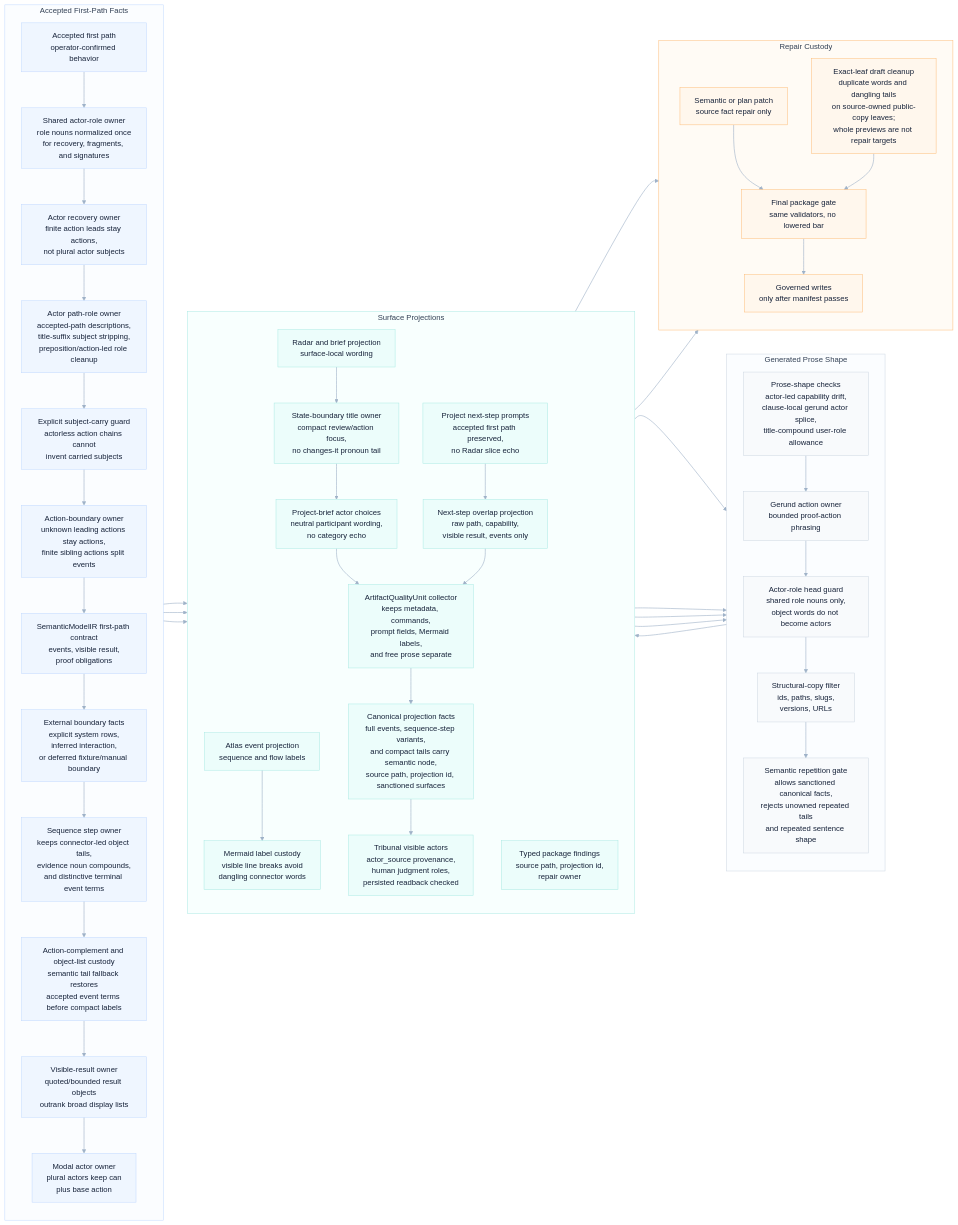
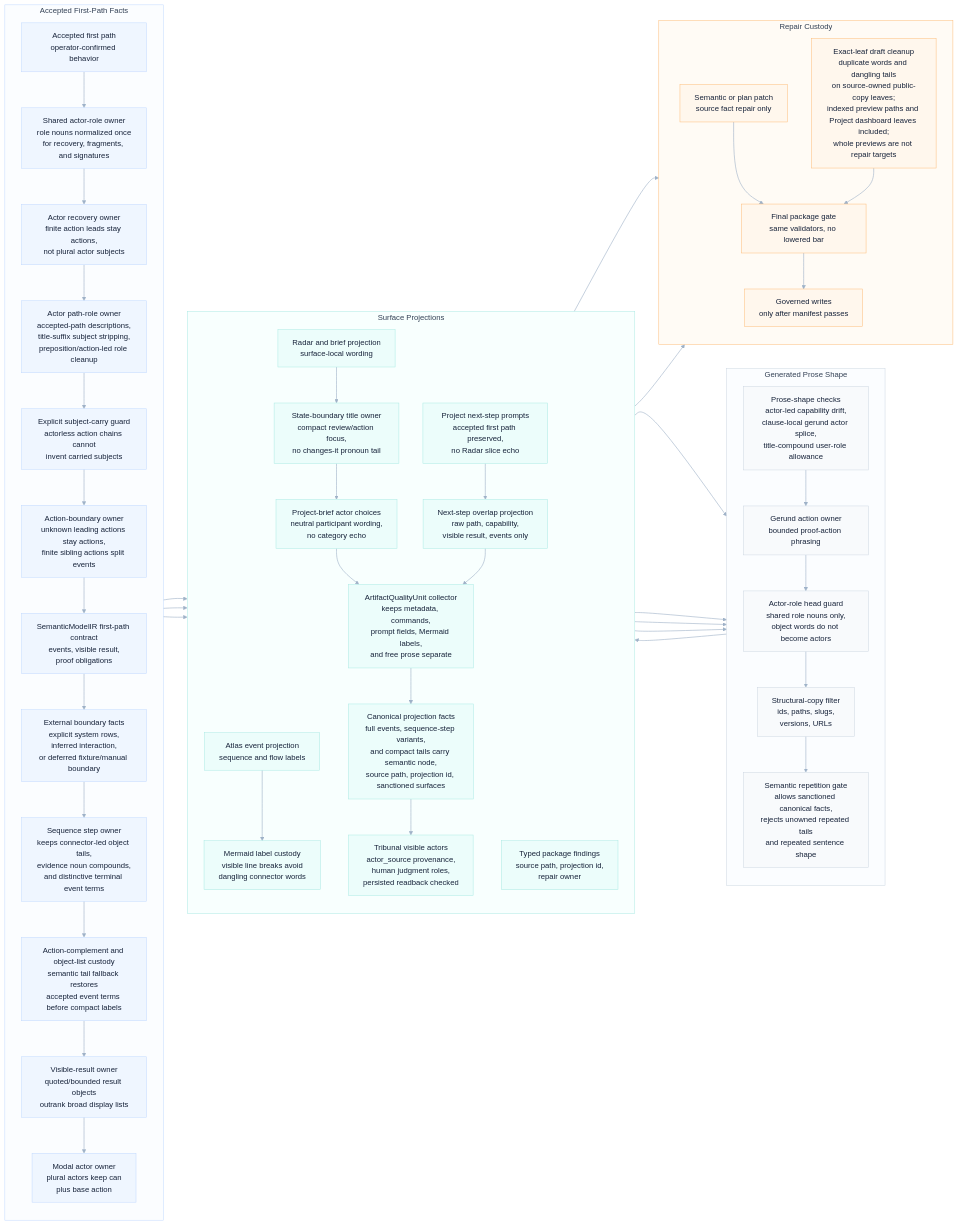
One commit to odylith/odylith changed the diagram in odylith/atlas/source/greenfield-first-path-semantic-copy-custody.mmd. Above: the diagram before and after it, drawn with Mermaid. The commit also changed 59 other files, not shown here.

Commit message:
Fix greenfield preview repair routing

```diff
--- a/odylith/atlas/source/greenfield-first-path-semantic-copy-custody.mmd
+++ b/odylith/atlas/source/greenfield-first-path-semantic-copy-custody.mmd
@@ -1,100 +1,100 @@
 flowchart LR
     subgraph intent_lane["Accepted First-Path Facts"]
       direction TB
       accepted_path["Accepted first path<br/>operator-confirmed behavior"]
       actor_roles["Shared actor-role owner<br/>role nouns normalized once<br/>for recovery, fragments, and signatures"]
       actor_recovery["Actor recovery owner<br/>finite action leads stay actions,<br/>not plural actor subjects"]
       actor_path_role["Actor path-role owner<br/>accepted-path descriptions,<br/>title-suffix subject stripping,<br/>preposition/action-led role cleanup"]
       subject_carry_guard["Explicit subject-carry guard<br/>actorless action chains cannot<br/>invent carried subjects"]
       action_boundary["Action-boundary owner<br/>unknown leading actions stay actions,<br/>finite sibling actions split events"]
       semantic_contract["SemanticModelIR first-path contract<br/>events, visible result,<br/>proof obligations"]
       external_boundary["External boundary facts<br/>explicit system rows,<br/>inferred interaction,<br/>or deferred fixture/manual boundary"]
       sequence_owner["Sequence step owner<br/>keeps connector-led object tails,<br/>evidence noun compounds,<br/>and distinctive terminal event terms"]
       tail_custody["Action-complement and object-list custody<br/>semantic tail fallback restores<br/>accepted event terms before compact labels"]
       visible_result_owner["Visible-result owner<br/>quoted/bounded result objects<br/>outrank broad display lists"]
       modal_owner["Modal actor owner<br/>plural actors keep can<br/>plus base action"]
     end
 
     subgraph prose_lane["Generated Prose Shape"]
       direction TB
       shape_checks["Prose-shape checks<br/>actor-led capability drift,<br/>clause-local gerund actor splice,<br/>title-compound user-role allowance"]
       gerund_owner["Gerund action owner<br/>bounded proof-action phrasing"]
       actor_role_head_guard["Actor-role head guard<br/>shared role nouns only,<br/>object words do not become actors"]
       structural_filter["Structural-copy filter<br/>ids, paths, slugs,<br/>versions, URLs"]
       repetition_gate["Semantic repetition gate<br/>allows sanctioned canonical facts,<br/>rejects unowned repeated tails<br/>and repeated sentence shape"]
     end
 
     subgraph projection_lane["Surface Projections"]
       direction TB
       radar_projection["Radar and brief projection<br/>surface-local wording"]
       state_boundary_titles["State-boundary title owner<br/>compact review/action focus,<br/>no changes-it pronoun tail"]
       actor_choice_copy["Project-brief actor choices<br/>neutral participant wording,<br/>no category echo"]
       atlas_projection["Atlas event projection<br/>sequence and flow labels"]
       mermaid_label_custody["Mermaid label custody<br/>visible line breaks avoid<br/>dangling connector words"]
       next_step_prompts["Project next-step prompts<br/>accepted first path preserved,<br/>no Radar slice echo"]
       overlap_projection["Next-step overlap projection<br/>raw path, capability,<br/>visible result, events only"]
       artifact_units["ArtifactQualityUnit collector<br/>keeps metadata, commands,<br/>prompt fields, Mermaid labels,<br/>and free prose separate"]
       canonical_facts["Canonical projection facts<br/>full events, sequence-step variants,<br/>and compact tails carry semantic node,<br/>source path, projection id, sanctioned surfaces"]
       tribunal_actors["Tribunal visible actors<br/>actor_source provenance,<br/>human judgment roles,<br/>persisted readback checked"]
       package_findings["Typed package findings<br/>source path, projection id,<br/>repair owner"]
     end
 
     subgraph repair_lane["Repair Custody"]
       direction TB
       semantic_plan_patch["Semantic or plan patch<br/>source fact repair only"]
-      exact_draft_cleanup["Exact-leaf draft cleanup<br/>duplicate words and dangling tails<br/>on source-owned public-copy leaves;<br/>whole previews are not repair targets"]
+      exact_draft_cleanup["Exact-leaf draft cleanup<br/>duplicate words and dangling tails<br/>on source-owned public-copy leaves;<br/>indexed preview paths and Project dashboard leaves included;<br/>whole previews are not repair targets"]
       final_gate["Final package gate<br/>same validators, no lowered bar"]
       governed_write["Governed writes<br/>only after manifest passes"]
     end
 
     accepted_path --> actor_roles
     actor_roles --> actor_recovery
     actor_recovery --> actor_path_role
     actor_path_role --> subject_carry_guard
     subject_carry_guard --> action_boundary
     action_boundary --> semantic_contract
     semantic_contract --> external_boundary
     external_boundary --> sequence_owner
     sequence_owner --> tail_custody
     tail_custody --> visible_result_owner
     visible_result_owner --> modal_owner
     modal_owner --> radar_projection
     modal_owner --> atlas_projection
     modal_owner --> next_step_prompts
     radar_projection --> state_boundary_titles
     state_boundary_titles --> actor_choice_copy
     radar_projection --> shape_checks
     atlas_projection --> mermaid_label_custody
     mermaid_label_custody --> shape_checks
     actor_choice_copy --> artifact_units
     next_step_prompts --> overlap_projection
     overlap_projection --> artifact_units
     artifact_units --> canonical_facts
     canonical_facts --> tribunal_actors
     tribunal_actors --> shape_checks
     shape_checks --> gerund_owner
     gerund_owner --> actor_role_head_guard
     actor_role_head_guard --> structural_filter
     structural_filter --> repetition_gate
     canonical_facts --> repetition_gate
     repetition_gate --> package_findings
     package_findings --> semantic_plan_patch
     package_findings --> exact_draft_cleanup
     semantic_plan_patch --> final_gate
     exact_draft_cleanup --> final_gate
     final_gate --> governed_write
 
     classDef intent fill:#EFF6FF,stroke:#BFD7FE,color:#17233A,stroke-width:1px;
     classDef prose fill:#F8FAFC,stroke:#CBD5E1,color:#17233A,stroke-width:1px;
     classDef projection fill:#ECFDFB,stroke:#A7E9E3,color:#17233A,stroke-width:1px;
     classDef repair fill:#FFF7ED,stroke:#FDBA74,color:#17233A,stroke-width:1px;
     class accepted_path,actor_roles,actor_recovery,actor_path_role,subject_carry_guard,action_boundary,semantic_contract,external_boundary,sequence_owner,tail_custody,visible_result_owner,modal_owner intent;
     class shape_checks,gerund_owner,actor_role_head_guard,structural_filter,repetition_gate prose;
     class radar_projection,state_boundary_titles,actor_choice_copy,atlas_projection,mermaid_label_custody,next_step_prompts,overlap_projection,artifact_units,canonical_facts,tribunal_actors,package_findings projection;
     class semantic_plan_patch,exact_draft_cleanup,final_gate,governed_write repair;
 
     style intent_lane fill:#FBFDFF,stroke:#BFD7FE,stroke-width:1px,color:#334155
     style prose_lane fill:#FBFDFF,stroke:#CBD5E1,stroke-width:1px,color:#334155
     style projection_lane fill:#F8FFFE,stroke:#A7E9E3,stroke-width:1px,color:#334155
     style repair_lane fill:#FFFBF5,stroke:#FDBA74,stroke-width:1px,color:#334155
     linkStyle default stroke:#9FB2C8,stroke-width:1.25px
```
